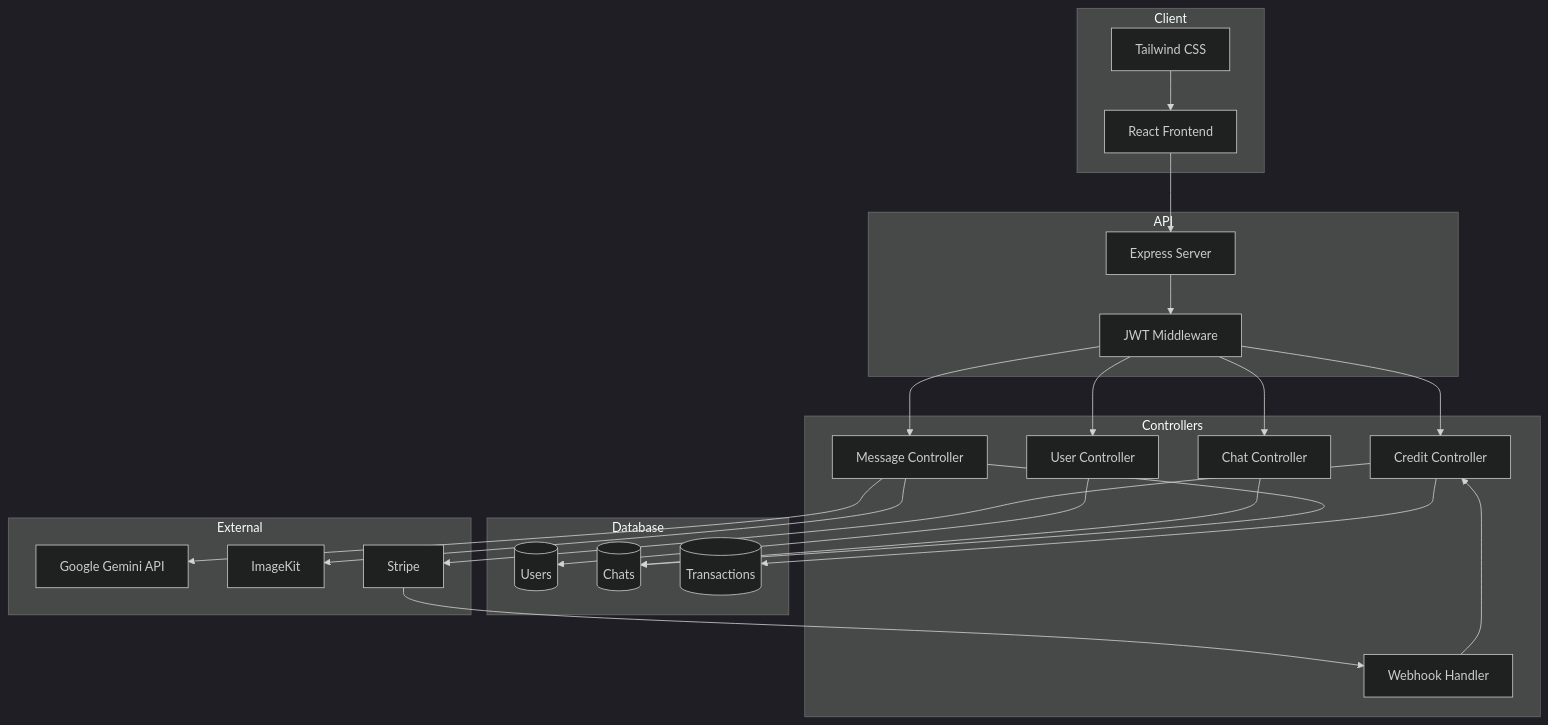
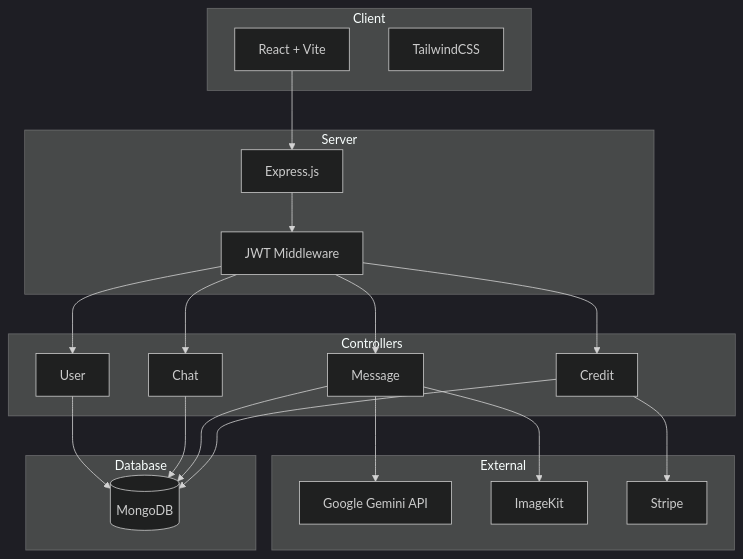
The first of 2 diagrams in README.md (VIKRAMANR7/AuroraAI), drawn with Mermaid (dark theme) before and after one commit. The commit also changed other lines of this file, not shown here.

````diff
--- a/README.md
+++ b/README.md
@@ -97,45 +24,43 @@
 ```mermaid
 graph TB
     subgraph Client
-        A[React Frontend]
-        B[Tailwind CSS]
+        A[React + Vite]
+        B[TailwindCSS]
     end
 
-    subgraph API
-        C[Express Server]
+    subgraph Server
+        C[Express.js]
         D[JWT Middleware]
     end
 
     subgraph Controllers
-        E[User Controller]
-        F[Chat Controller]
-        G[Message Controller]
-        H[Credit Controller]
-        I[Webhook Handler]
+        E[User]
+        F[Chat]
+        G[Message]
+        H[Credit]
+    end
+
+    subgraph External
+        I[Google Gemini API]
+        J[ImageKit]
+        K[Stripe]
     end
 
     subgraph Database
-        J[(Users)]
-        K[(Chats)]
-        L[(Transactions)]
-    end
-
-    subgraph External
-        M[Google Gemini API]
-        N[ImageKit]
-        O[Stripe]
+        L[(MongoDB)]
     end
 
     A --> C
-    B --> A
     C --> D
-    D --> E & F & G & H
-    O --> I
-    I --> H
-
-    E --> J
-    F --> K
-    G --> K
-    G --> M & N
-    H --> L & O
+    D --> E
+    D --> F
+    D --> G
+    D --> H
+    G --> I
+    G --> J
+    H --> K
+    E --> L
+    F --> L
+    G --> L
+    H --> L
 ```
````
